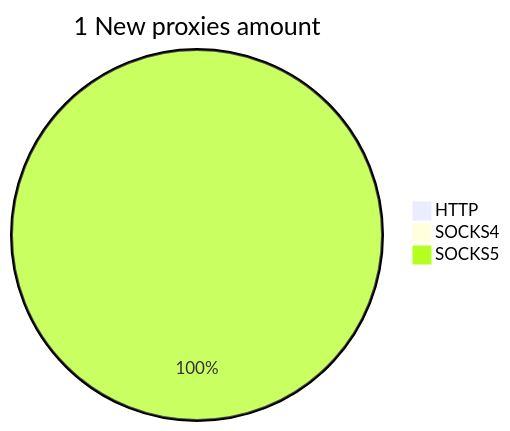
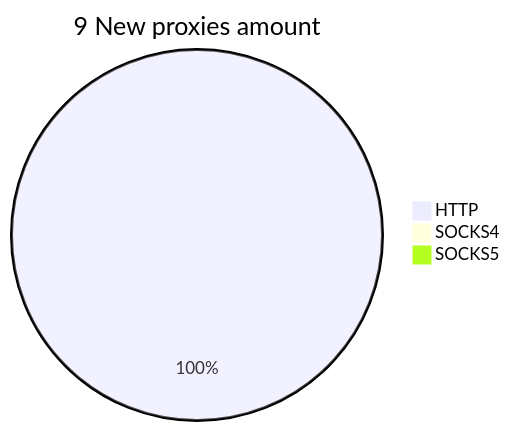
One commit to cutipu/proxylist changed the second of 2 diagrams in README.md. Above: the diagram before and after it, drawn with Mermaid. The commit also changed other lines of this file, not shown here.

````diff
--- a/README.md
+++ b/README.md
@@ -10,6 +10,6 @@
 ```mermaid
-pie title 1 New proxies amount
-    "HTTP" : 0
+pie title 9 New proxies amount
+    "HTTP" : 9
     "SOCKS4" : 0
-    "SOCKS5" : 1
+    "SOCKS5" : 0
 ```
````
